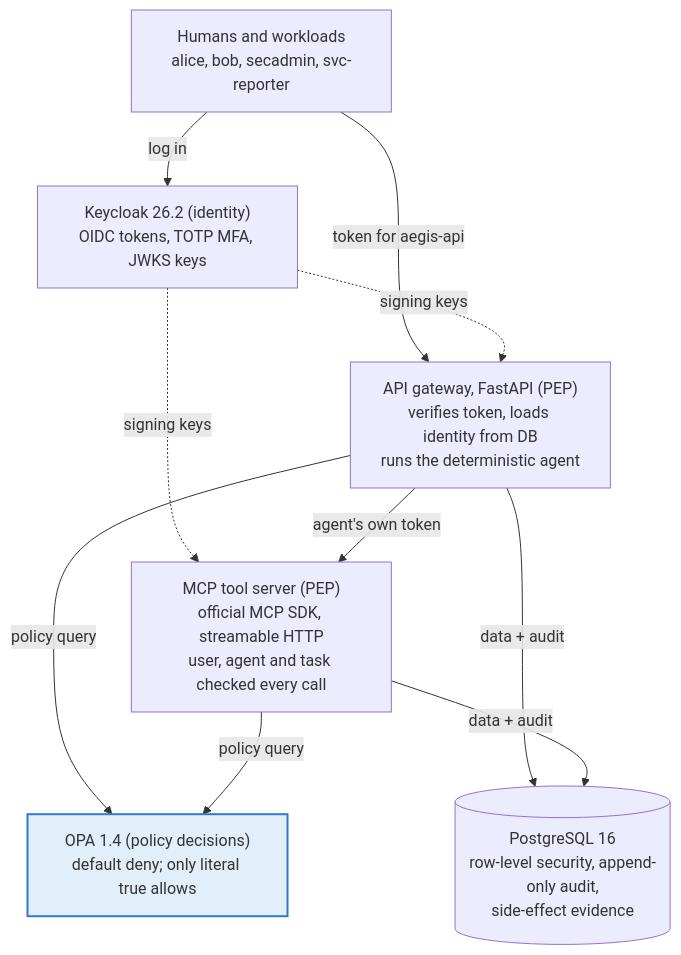
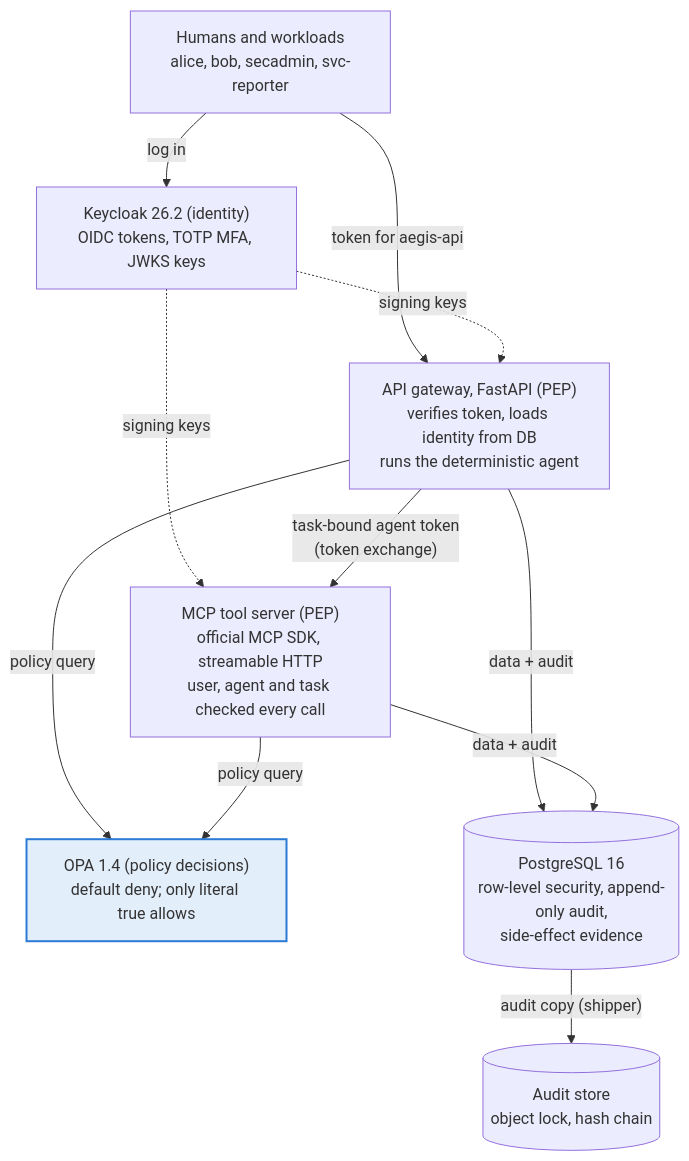
The first of 3 diagrams in docs/PROJECT_GUIDE.md (vishesh711/AegisAccess), drawn with Mermaid before and after one commit. The commit also changed other lines of this file and 1 other file, not shown here.

````diff
--- a/docs/PROJECT_GUIDE.md
+++ b/docs/PROJECT_GUIDE.md
@@ -30,22 +32,23 @@
 ```mermaid
 flowchart TB
     callers["Humans and workloads<br/>alice, bob, secadmin, svc-reporter"]
     kc["Keycloak 26.2 (identity)<br/>OIDC tokens, TOTP MFA, JWKS keys"]
     api["API gateway, FastAPI (PEP)<br/>verifies token, loads identity from DB<br/>runs the deterministic agent"]
     mcp["MCP tool server (PEP)<br/>official MCP SDK, streamable HTTP<br/>user, agent and task checked every call"]
     opa["OPA 1.4 (policy decisions)<br/>default deny; only literal true allows"]
     pg[("PostgreSQL 16<br/>row-level security, append-only audit,<br/>side-effect evidence")]
 
     callers -- "log in" --> kc
     callers -- "token for aegis-api" --> api
     kc -. "signing keys" .-> api
     kc -. "signing keys" .-> mcp
-    api -- "agent's own token" --> mcp
+    api -- "task-bound agent token<br/>(token exchange)" --> mcp
     api -- "policy query" --> opa
     mcp -- "policy query" --> opa
     api -- "data + audit" --> pg
     mcp -- "data + audit" --> pg
+    pg -- "audit copy (shipper)" --> sink[("Audit store<br/>object lock, hash chain")]
 
     classDef accent fill:#e3eefb,stroke:#2b7bd6,stroke-width:2px;
     class opa accent;
 ```
````
